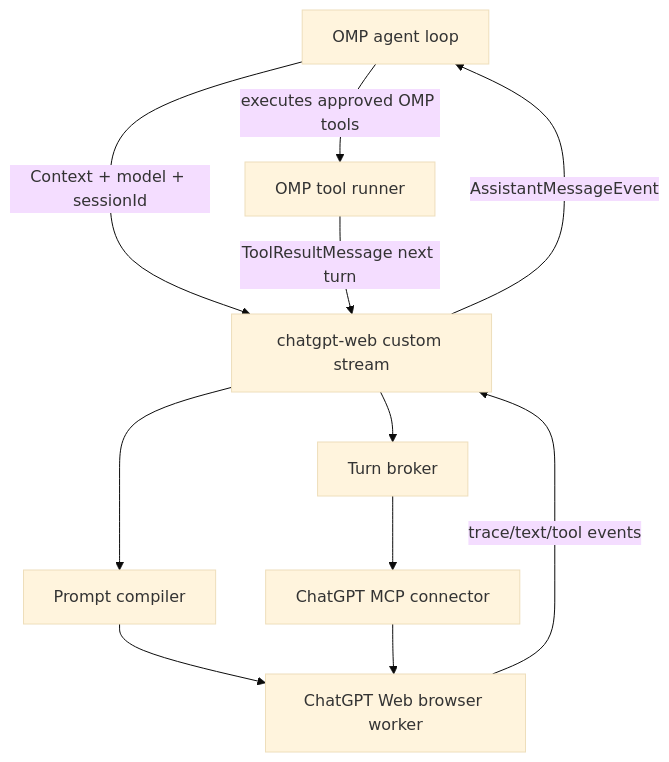
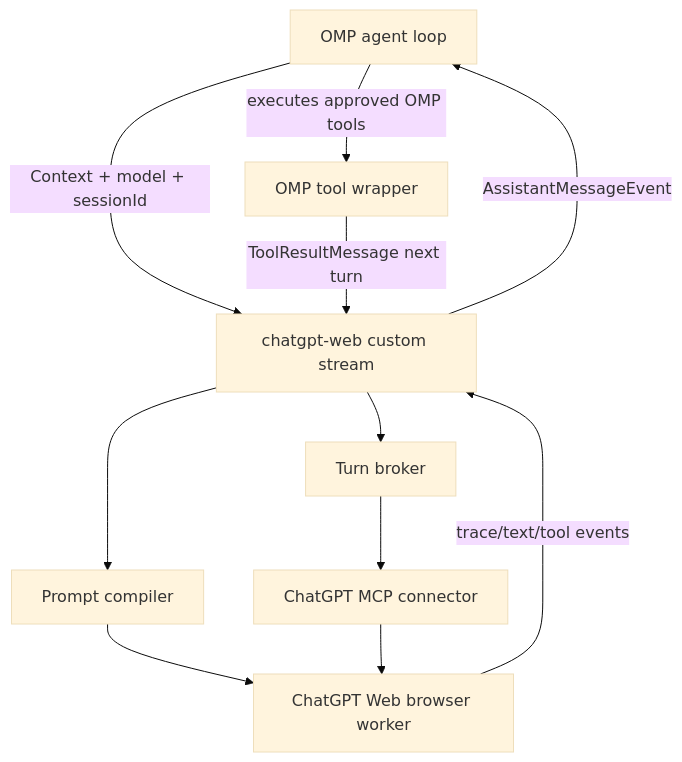
The diagram in docs/superpowers/specs/2026-08-02-chatgpt-web-omp-design.md (Sharp336/grimoire-agent-engine), drawn with Mermaid (base theme) before and after one commit. The commit also changed other lines of this file and 1 other file, not shown here.

````diff
--- a/docs/superpowers/specs/2026-08-02-chatgpt-web-omp-design.md
+++ b/docs/superpowers/specs/2026-08-02-chatgpt-web-omp-design.md
@@ -108,13 +114,13 @@
 ```mermaid
 flowchart TD
   A[OMP agent loop] -->|Context + model + sessionId| B[chatgpt-web custom stream]
   B --> C[Prompt compiler]
   C --> D[ChatGPT Web browser worker]
   D -->|trace/text/tool events| B
   B -->|AssistantMessageEvent| A
-  A -->|executes approved OMP tools| E[OMP tool runner]
+  A[OMP agent loop] -->|executes approved OMP tools| E[OMP tool wrapper]
   E -->|ToolResultMessage next turn| B
   B --> F[Turn broker]
   F --> G[ChatGPT MCP connector]
   G --> D
 ```
````
